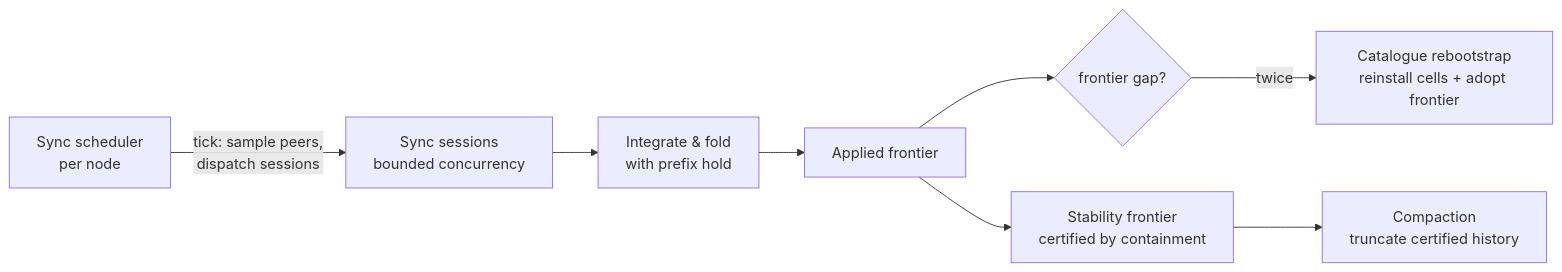
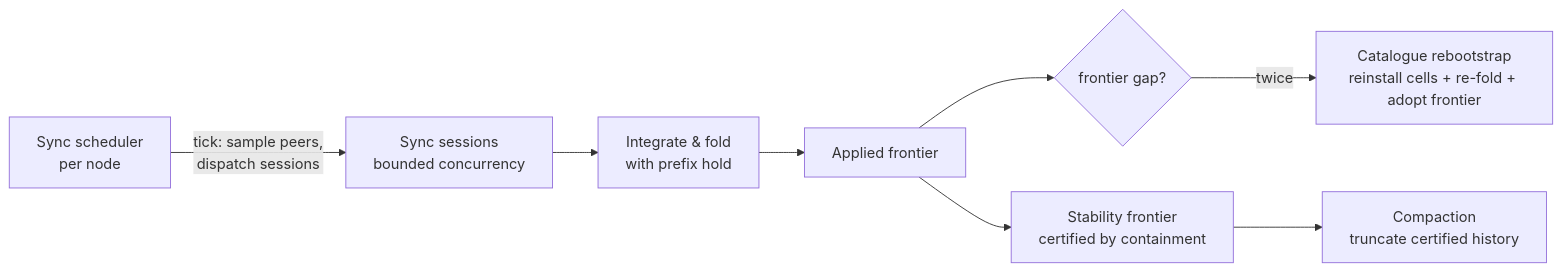
Before and after one commit to bondy-io/bondy: the second of 2 diagrams in doc/guides/architecture/view_convergence.md, drawn with Mermaid. The commit also changed other lines of this file and 207 other files, not shown here.

````diff
--- a/doc/guides/architecture/view_convergence.md
+++ b/doc/guides/architecture/view_convergence.md
@@ -35,10 +35,10 @@
 ```mermaid
 flowchart LR
     SCH[Sync scheduler<br/>per node] -->|tick: sample peers,<br/>dispatch sessions| SS[Sync sessions<br/>bounded concurrency]
     SS --> INT[Integrate & fold<br/>with prefix hold]
     INT --> FR[Applied frontier]
     FR --> GAP{frontier gap?}
-    GAP -->|twice| RB[Catalogue rebootstrap<br/>reinstall cells + adopt frontier]
+    GAP -->|twice| RB[Catalogue rebootstrap<br/>reinstall cells + re-fold + adopt frontier]
     FR --> STAB[Stability frontier<br/>certified by containment]
     STAB --> CMP[Compaction<br/>truncate certified history]
 ```
````
